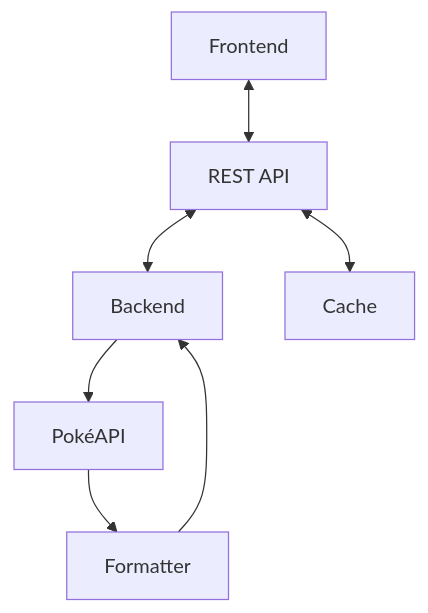
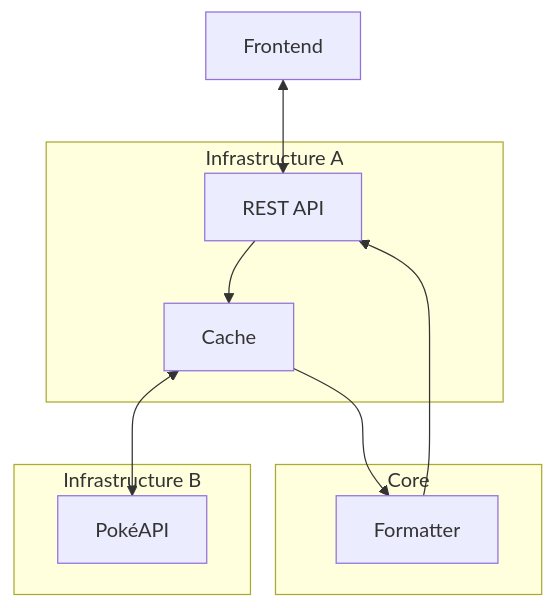
One commit to eyvotCodes/poke-api-backend changed the diagram in docs/notes.md. Above: the diagram before and after it, drawn with Mermaid.

Commit message:
docs: improve mermaid diagram for system architecture

```diff
--- a/docs/notes.md
+++ b/docs/notes.md
@@ -62,9 +62,14 @@
 ~~~mermaid
 graph TD;
     front[Frontend] <--> api[REST API];
-    api <--> back[Backend];
-    back --> poke[PokéAPI];
-    poke --> fmt[Formatter];
-    fmt --> back;
-    api <--> cache[Cache];
+    subgraph Infrastructure A
+        api --> cache[Cache];
+    end
+    subgraph Core
+        fmt[Formatter] --> api;
+    end
+    subgraph Infrastructure B
+        cache <--> poke[PokéAPI]; 
+    end
+    cache --> fmt;
 ~~~
```
